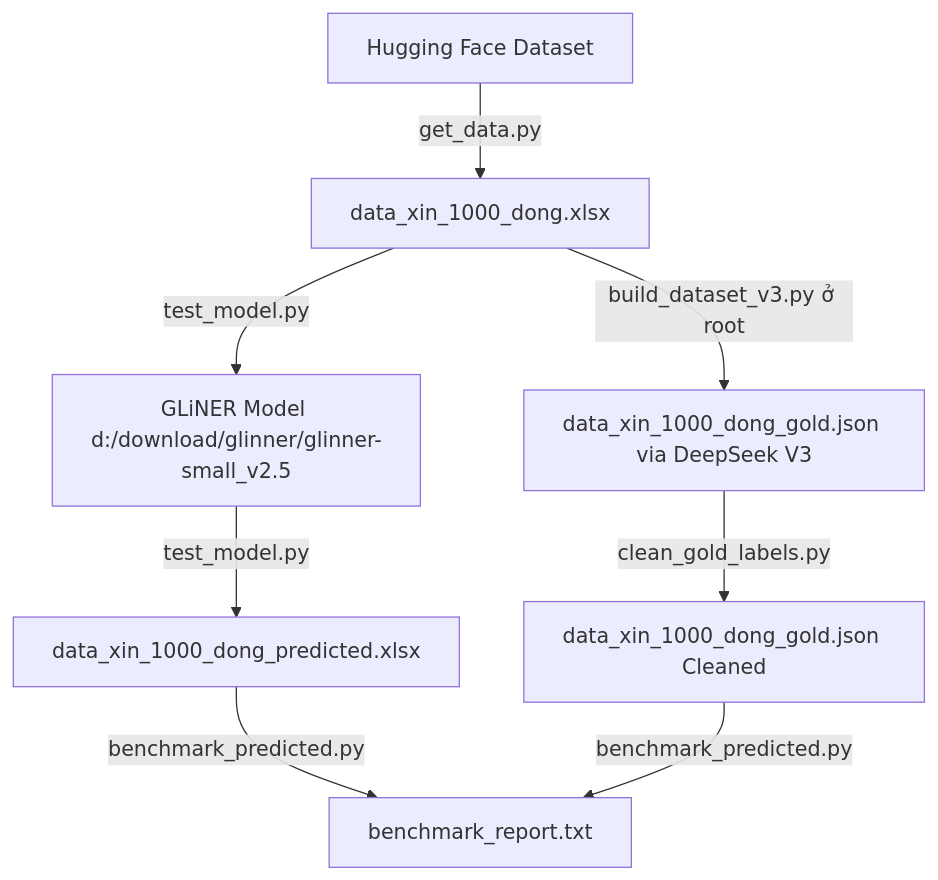
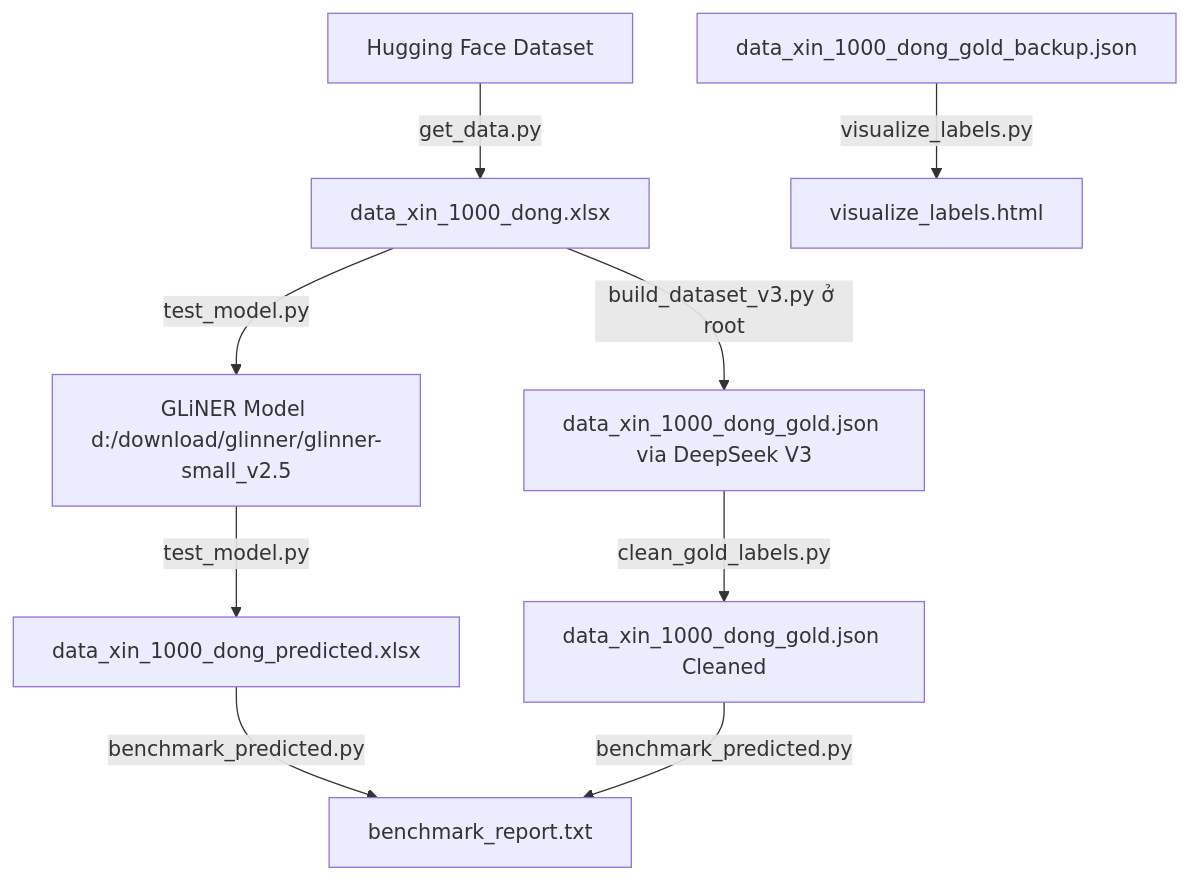
One commit to tuong1901/dfghtraingliner changed the diagram in data_test/README.md. Above: the diagram before and after it, drawn with Mermaid. The commit also changed other lines of this file and 2 other files, not shown here.

Commit message:
docs: add section 3.2 model fine-tuning draft and initialize data testing environment

````diff
--- a/data_test/README.md
+++ b/data_test/README.md
@@ -70,12 +82,14 @@
 ```mermaid
 graph TD
     HF[Hugging Face Dataset] -->|get_data.py| Excel[data_xin_1000_dong.xlsx]
     Excel -->|test_model.py| Model[GLiNER Model d:/download/glinner/glinner-small_v2.5]
     Model -->|test_model.py| Output[data_xin_1000_dong_predicted.xlsx]
     
     Excel -->|build_dataset_v3.py ở root| Gold[data_xin_1000_dong_gold.json via DeepSeek V3]
     Gold -->|clean_gold_labels.py| CleanedGold[data_xin_1000_dong_gold.json Cleaned]
     
     Output -->|benchmark_predicted.py| Report[benchmark_report.txt]
     CleanedGold -->|benchmark_predicted.py| Report
+    
+    GoldBackup[data_xin_1000_dong_gold_backup.json] -->|visualize_labels.py| Visualizer[visualize_labels.html]
 ```
````
